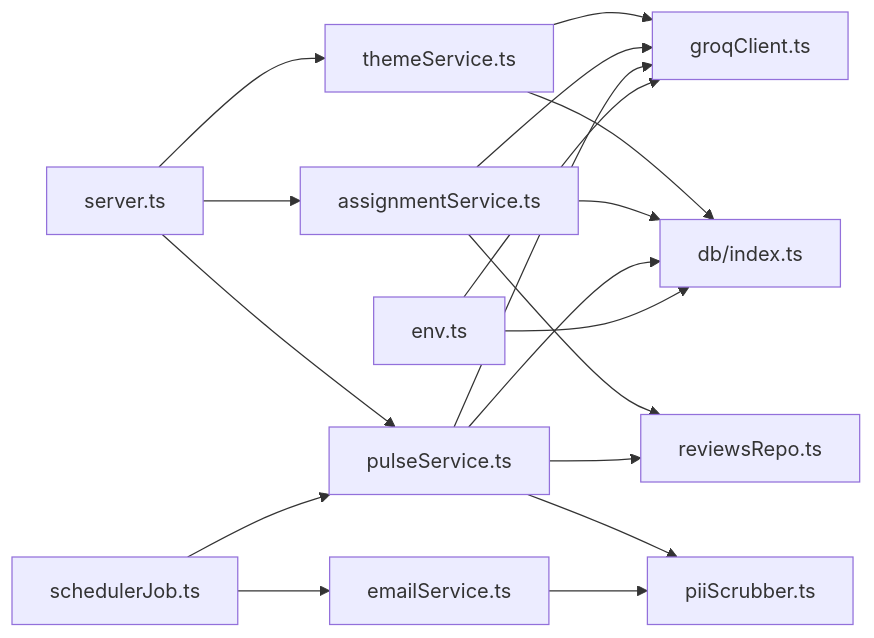
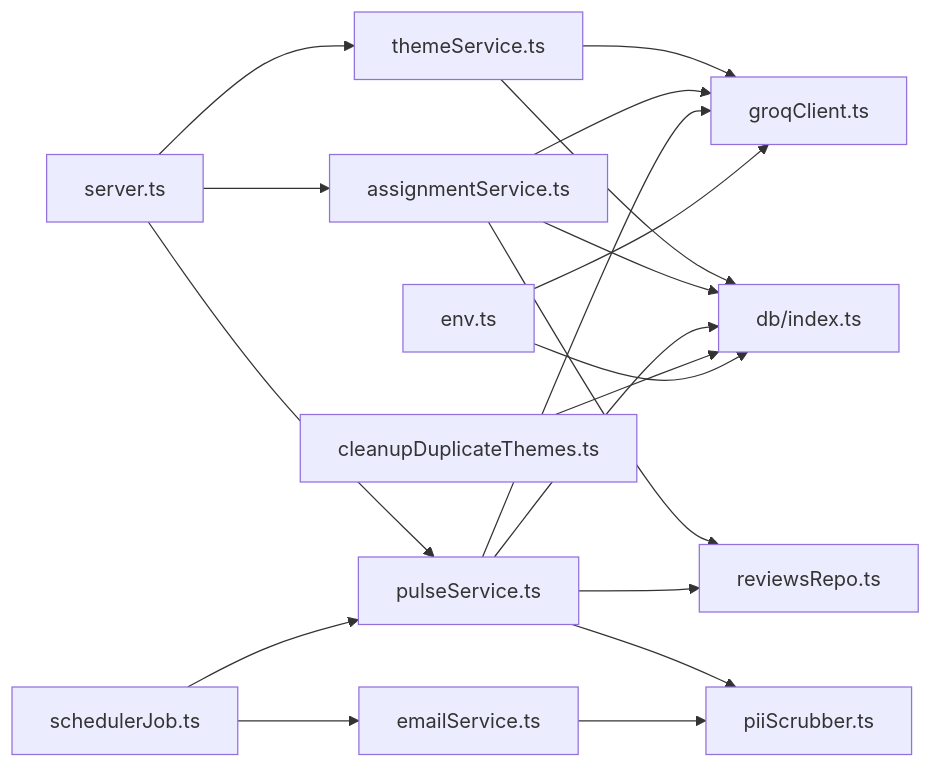
One commit to aravinthraj-ramalingam/Groww-App-Review-Insights-Analyzer- changed the eighth of 8 diagrams in .qoder/repowiki/en/content/Phase 2_ Advanced Analytics & Automation/Theme Generation & Management.md. Above: the diagram before and after it, drawn with Mermaid. The commit also changed other lines of this file and 5 other files, not shown here.

````diff
--- a/.qoder/repowiki/en/content/Phase 2_ Advanced Analytics & Automation/Theme Generation & Management.md
+++ b/.qoder/repowiki/en/content/Phase 2_ Advanced Analytics & Automation/Theme Generation & Management.md
@@ -361,20 +437,21 @@
 ```mermaid
 graph LR
 API["server.ts"] --> TS["themeService.ts"]
 API --> AS["assignmentService.ts"]
 API --> PS["pulseService.ts"]
 TS --> GC["groqClient.ts"]
 AS --> GC
 PS --> GC
 AS --> R["reviewsRepo.ts"]
 PS --> R
 TS --> DB["db/index.ts"]
 AS --> DB
 PS --> DB
+Cleanup["cleanupDuplicateThemes.ts"] --> DB
 Sch["schedulerJob.ts"] --> PS
 Sch --> Mail["emailService.ts"]
 PS --> Scrub["piiScrubber.ts"]
 Mail --> Scrub
 CFG["env.ts"] --> DB
 CFG --> GC
 ```
````
